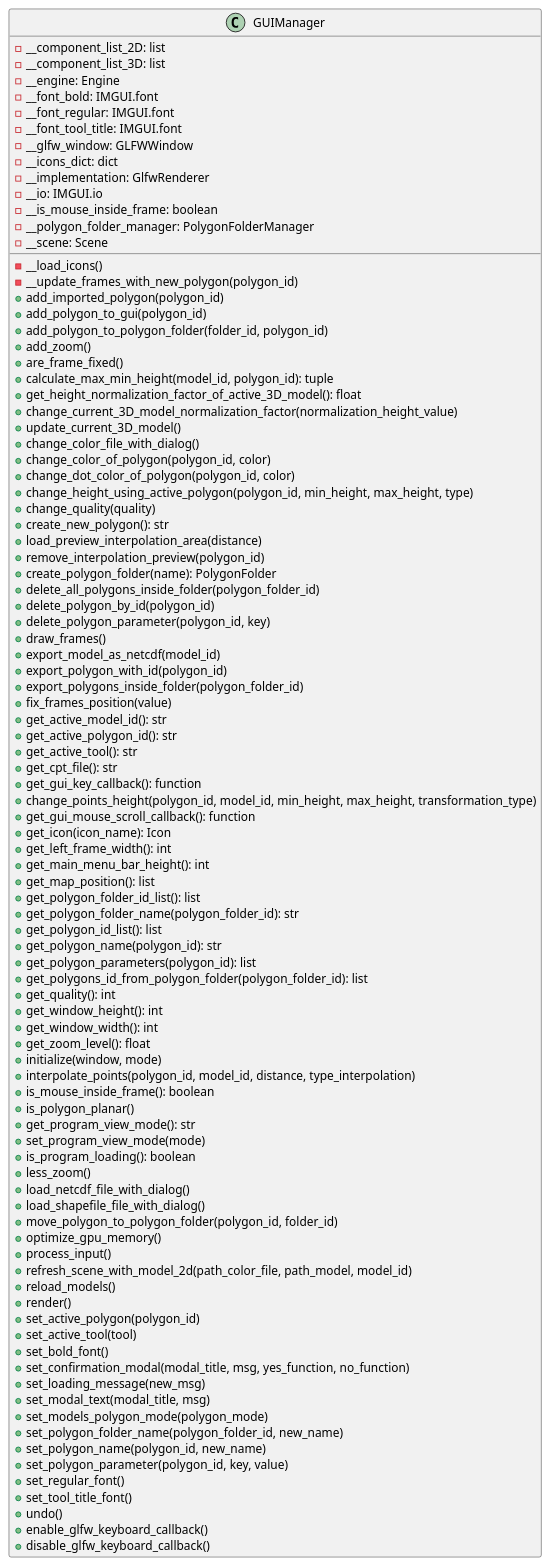
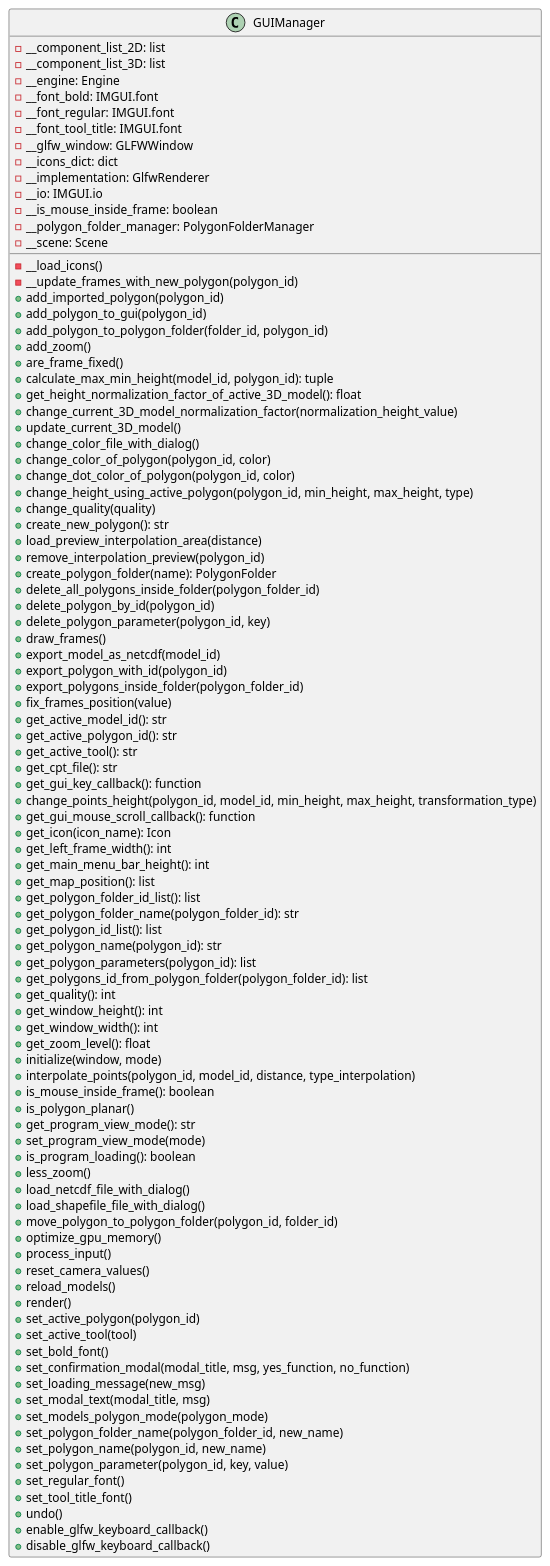
Before and after one commit to ferpoble2/Relief_Creator: the diagram in docs/classes/GUIManager.puml, drawn with PlantUML. The commit also changed 4 other files, not shown here.

```diff
--- a/docs/classes/GUIManager.puml
+++ b/docs/classes/GUIManager.puml
@@ -1,99 +1,99 @@
 @startuml
 'https://plantuml.com/class-diagram
 class GUIManager{
     - __component_list_2D: list
     - __component_list_3D: list
     - __engine: Engine
     - __font_bold: IMGUI.font
     - __font_regular: IMGUI.font
     - __font_tool_title: IMGUI.font
     - __glfw_window: GLFWWindow
     - __icons_dict: dict
     - __implementation: GlfwRenderer
     - __io: IMGUI.io
     - __is_mouse_inside_frame: boolean
     - __polygon_folder_manager: PolygonFolderManager
     - __scene: Scene
 
     - __load_icons()
     - __update_frames_with_new_polygon(polygon_id)
     + add_imported_polygon(polygon_id)
     + add_polygon_to_gui(polygon_id)
     + add_polygon_to_polygon_folder(folder_id, polygon_id)
     + add_zoom()
     + are_frame_fixed()
     + calculate_max_min_height(model_id, polygon_id): tuple
     + get_height_normalization_factor_of_active_3D_model(): float
     + change_current_3D_model_normalization_factor(normalization_height_value)
     + update_current_3D_model()
     + change_color_file_with_dialog()
     + change_color_of_polygon(polygon_id, color)
     + change_dot_color_of_polygon(polygon_id, color)
     + change_height_using_active_polygon(polygon_id, min_height, max_height, type)
     + change_quality(quality)
     + create_new_polygon(): str
     + load_preview_interpolation_area(distance)
     + remove_interpolation_preview(polygon_id)
     + create_polygon_folder(name): PolygonFolder
     + delete_all_polygons_inside_folder(polygon_folder_id)
     + delete_polygon_by_id(polygon_id)
     + delete_polygon_parameter(polygon_id, key)
     + draw_frames()
     + export_model_as_netcdf(model_id)
     + export_polygon_with_id(polygon_id)
     + export_polygons_inside_folder(polygon_folder_id)
     + fix_frames_position(value)
     + get_active_model_id(): str
     + get_active_polygon_id(): str
     + get_active_tool(): str
     + get_cpt_file(): str
     + get_gui_key_callback(): function
     + change_points_height(polygon_id, model_id, min_height, max_height, transformation_type)
     + get_gui_mouse_scroll_callback(): function
     + get_icon(icon_name): Icon
     + get_left_frame_width(): int
     + get_main_menu_bar_height(): int
     + get_map_position(): list
     + get_polygon_folder_id_list(): list
     + get_polygon_folder_name(polygon_folder_id): str
     + get_polygon_id_list(): list
     + get_polygon_name(polygon_id): str
     + get_polygon_parameters(polygon_id): list
     + get_polygons_id_from_polygon_folder(polygon_folder_id): list
     + get_quality(): int
     + get_window_height(): int
     + get_window_width(): int
     + get_zoom_level(): float
     + initialize(window, mode)
     + interpolate_points(polygon_id, model_id, distance, type_interpolation)
     + is_mouse_inside_frame(): boolean
     + is_polygon_planar()
     + get_program_view_mode(): str
     + set_program_view_mode(mode)
     + is_program_loading(): boolean
     + less_zoom()
     + load_netcdf_file_with_dialog()
     + load_shapefile_file_with_dialog()
     + move_polygon_to_polygon_folder(polygon_id, folder_id)
     + optimize_gpu_memory()
     + process_input()
-    + refresh_scene_with_model_2d(path_color_file, path_model, model_id)
+    + reset_camera_values()
     + reload_models()
     + render()
     + set_active_polygon(polygon_id)
     + set_active_tool(tool)
     + set_bold_font()
     + set_confirmation_modal(modal_title, msg, yes_function, no_function)
     + set_loading_message(new_msg)
     + set_modal_text(modal_title, msg)
     + set_models_polygon_mode(polygon_mode)
     + set_polygon_folder_name(polygon_folder_id, new_name)
     + set_polygon_name(polygon_id, new_name)
     + set_polygon_parameter(polygon_id, key, value)
     + set_regular_font()
     + set_tool_title_font()
     + undo()
     + enable_glfw_keyboard_callback()
     + disable_glfw_keyboard_callback()
 }
 @enduml
```
